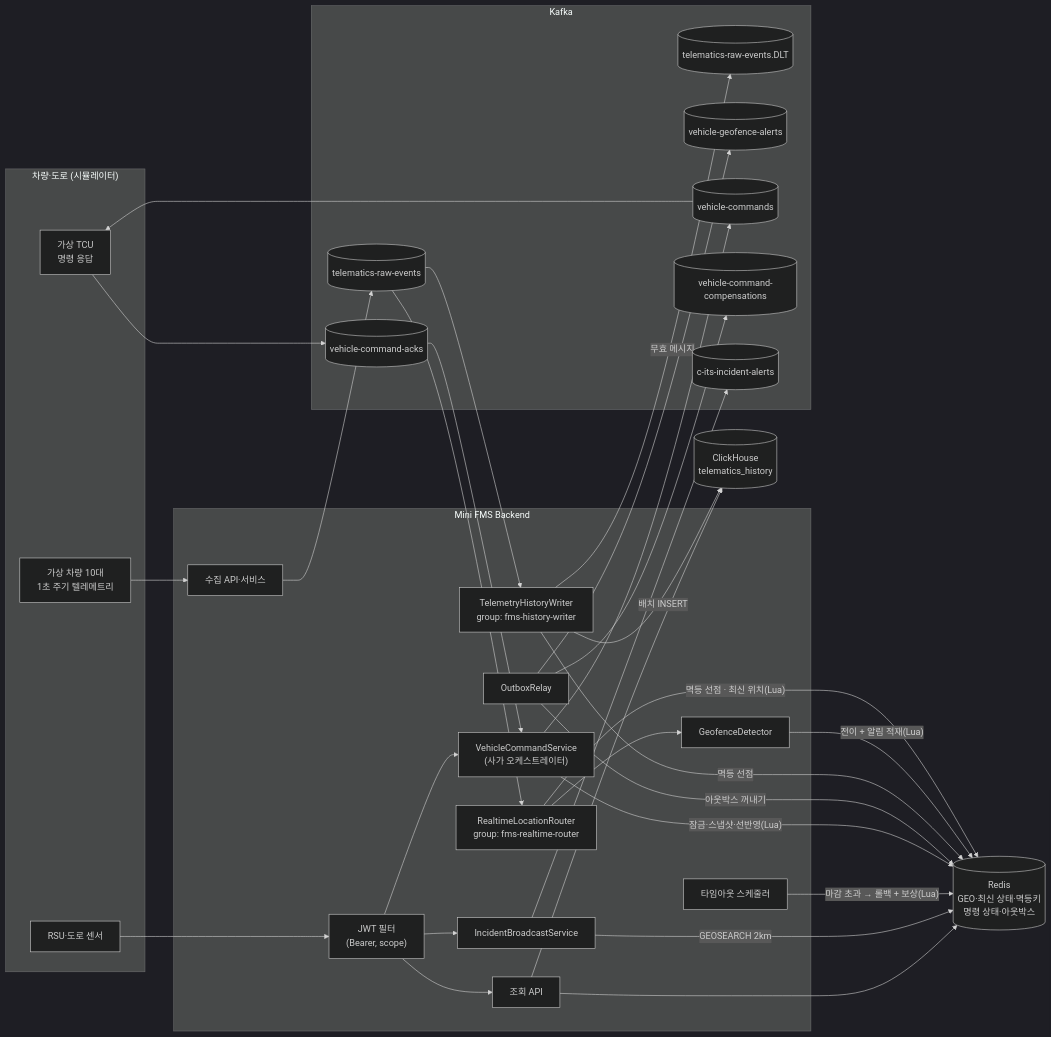
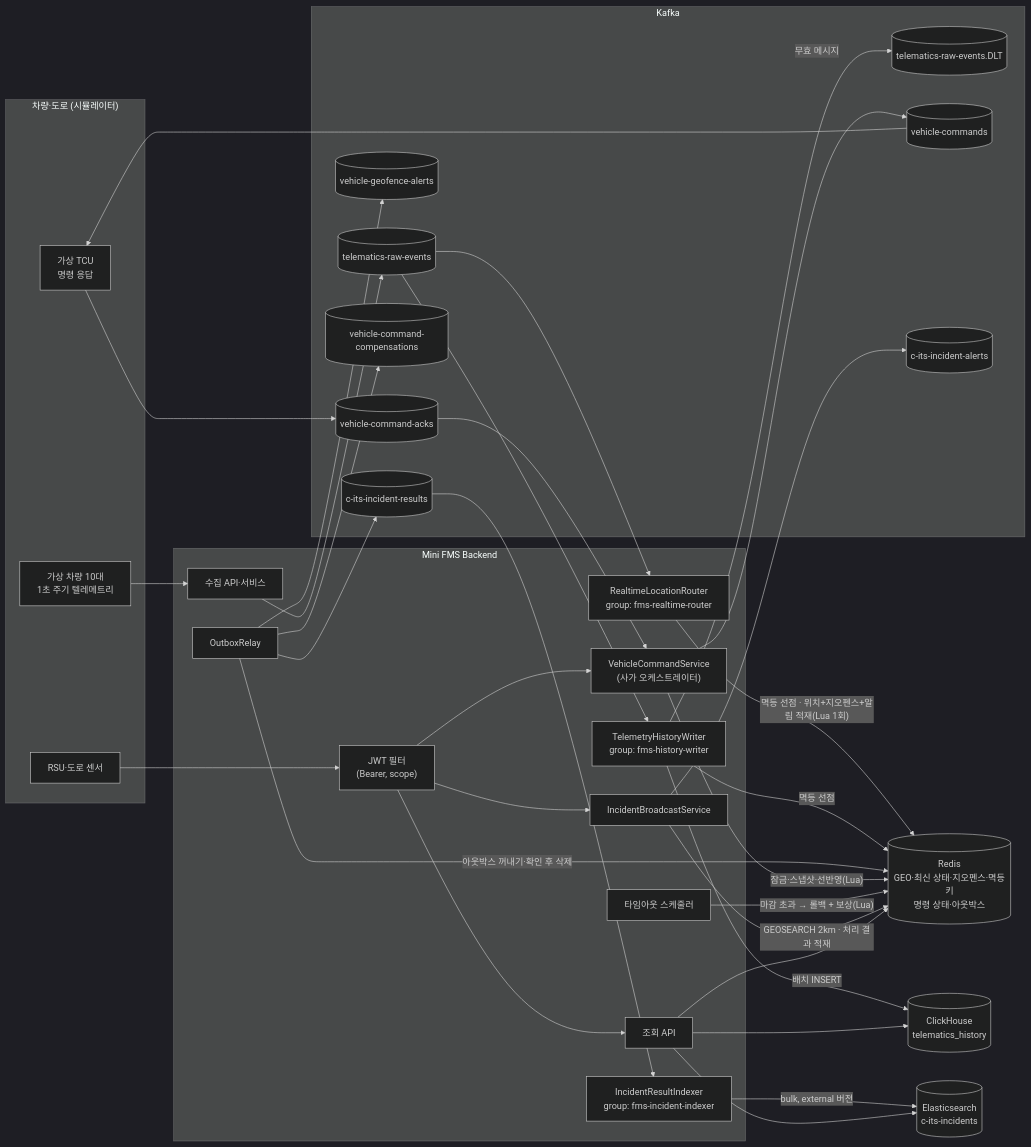
One commit to JuuuuHong/mini-fms-backend changed the first of 5 diagrams in README.md. Above: the diagram before and after it, drawn with Mermaid (dark theme). The commit also changed other lines of this file, not shown here.

````diff
--- a/README.md
+++ b/README.md
@@ -63,62 +149,60 @@
 ```mermaid
 flowchart LR
     subgraph Edge["차량·도로 (시뮬레이터)"]
         SIM["가상 차량 10대<br/>1초 주기 텔레메트리"]
         TCU["가상 TCU<br/>명령 응답"]
         RSU["RSU·도로 센서"]
     end
 
     subgraph App["Mini FMS Backend"]
         SEC["JWT 필터<br/>(Bearer, scope)"]
         ING["수집 API·서비스"]
         RT["RealtimeLocationRouter<br/>group: fms-realtime-router"]
         HW["TelemetryHistoryWriter<br/>group: fms-history-writer"]
-        GEO["GeofenceDetector"]
         CMD["VehicleCommandService<br/>(사가 오케스트레이터)"]
         TO["타임아웃 스케줄러"]
         INC["IncidentBroadcastService"]
+        IDX["IncidentResultIndexer<br/>group: fms-incident-indexer"]
         RELAY["OutboxRelay"]
         Q["조회 API"]
     end
 
     subgraph Kafka
         RAW[(telematics-raw-events)]
         DLT[(telematics-raw-events.DLT)]
         GA[(vehicle-geofence-alerts)]
         VC[(vehicle-commands)]
         ACK[(vehicle-command-acks)]
         COMP[(vehicle-command-compensations)]
         IA[(c-its-incident-alerts)]
+        IR[(c-its-incident-results)]
     end
 
-    REDIS[("Redis<br/>GEO·최신 상태·멱등키<br/>명령 상태·아웃박스")]
+    REDIS[("Redis<br/>GEO·최신 상태·지오펜스·멱등키<br/>명령 상태·아웃박스")]
     CH[("ClickHouse<br/>telematics_history")]
+    ES[("Elasticsearch<br/>c-its-incidents")]
 
-    SIM --> ING
-    ING --> RAW
+    SIM --> ING --> RAW
     RAW --> RT
     RAW --> HW
-    RT -->|"멱등 선점 · 최신 위치(Lua)"| REDIS
-    RT --> GEO
-    GEO -->|"전이 + 알림 적재(Lua)"| REDIS
+    RT -->|"멱등 선점 · 위치+지오펜스+알림 적재(Lua 1회)"| REDIS
     HW -->|"멱등 선점"| REDIS
     HW -->|"배치 INSERT"| CH
     HW -->|"무효 메시지"| DLT
-    RELAY -->|"아웃박스 꺼내기"| REDIS
+    RELAY -->|"아웃박스 꺼내기·확인 후 삭제"| REDIS
     RELAY --> GA
     RELAY --> COMP
+    RELAY --> IR
     SEC --> CMD
     CMD -->|"잠금·스냅샷·선반영(Lua)"| REDIS
-    CMD --> VC
-    VC --> TCU
-    TCU --> ACK
-    ACK --> CMD
+    CMD --> VC --> TCU --> ACK --> CMD
     TO -->|"마감 초과 → 롤백 + 보상(Lua)"| REDIS
-    RSU --> SEC
-    SEC --> INC
-    INC -->|"GEOSEARCH 2km"| REDIS
+    RSU --> SEC --> INC
+    INC -->|"GEOSEARCH 2km · 처리 결과 적재"| REDIS
     INC --> IA
+    IR --> IDX -->|"bulk, external 버전"| ES
     SEC --> Q
     Q --> REDIS
     Q --> CH
+    Q --> ES
 ```
````
